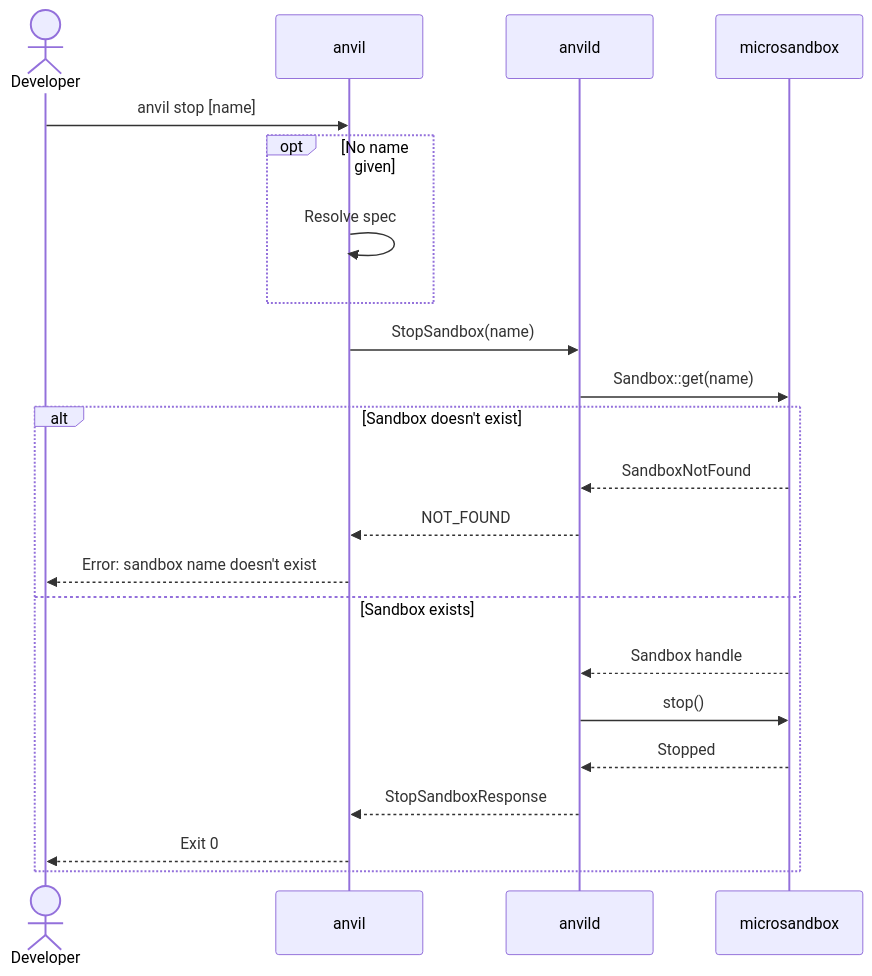
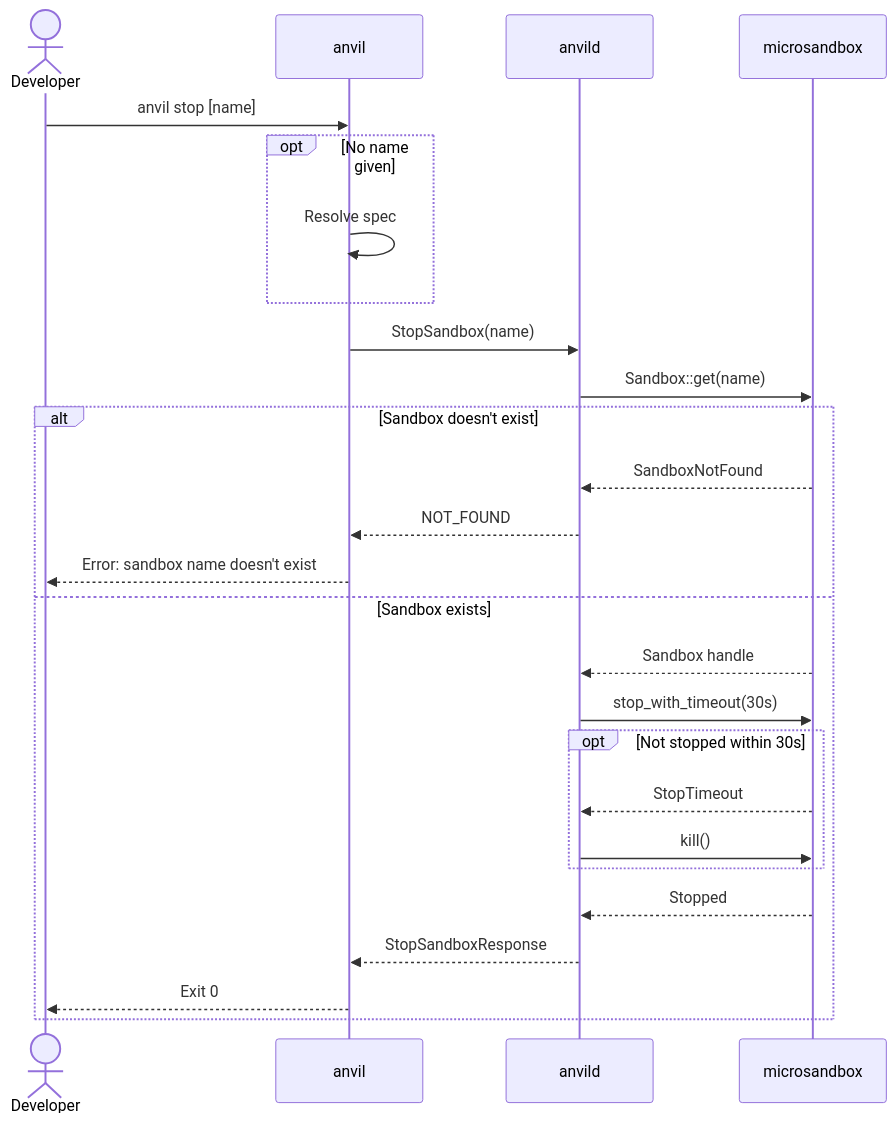
The second of 6 diagrams in docs/architecture/06-runtime-view.md (wmeints/anvil), drawn with Mermaid before and after one commit. The commit also changed other lines of this file and 3 other files, not shown here.

First line of the commit message:
fix(daemon): kill a sandbox that doesn't stop within 30 seconds

````diff
--- a/docs/architecture/06-runtime-view.md
+++ b/docs/architecture/06-runtime-view.md
@@ -103,25 +108,29 @@
 ```mermaid
 sequenceDiagram
     actor Dev as Developer
     participant CLI as anvil
     participant D as anvild
     participant MS as microsandbox
 
     Dev->>CLI: anvil stop [name]
     opt No name given
         CLI->>CLI: Resolve spec
     end
     CLI->>D: StopSandbox(name)
     D->>MS: Sandbox::get(name)
     alt Sandbox doesn't exist
         MS-->>D: SandboxNotFound
         D-->>CLI: NOT_FOUND
         CLI-->>Dev: Error: sandbox name doesn't exist
     else Sandbox exists
         MS-->>D: Sandbox handle
-        D->>MS: stop()
+        D->>MS: stop_with_timeout(30s)
+        opt Not stopped within 30s
+            MS-->>D: StopTimeout
+            D->>MS: kill()
+        end
         MS-->>D: Stopped
         D-->>CLI: StopSandboxResponse
         CLI-->>Dev: Exit 0
     end
 ```
````
